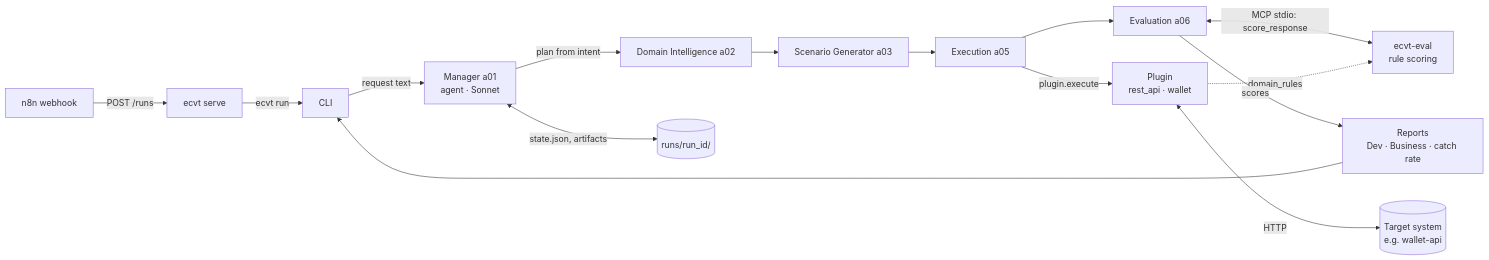
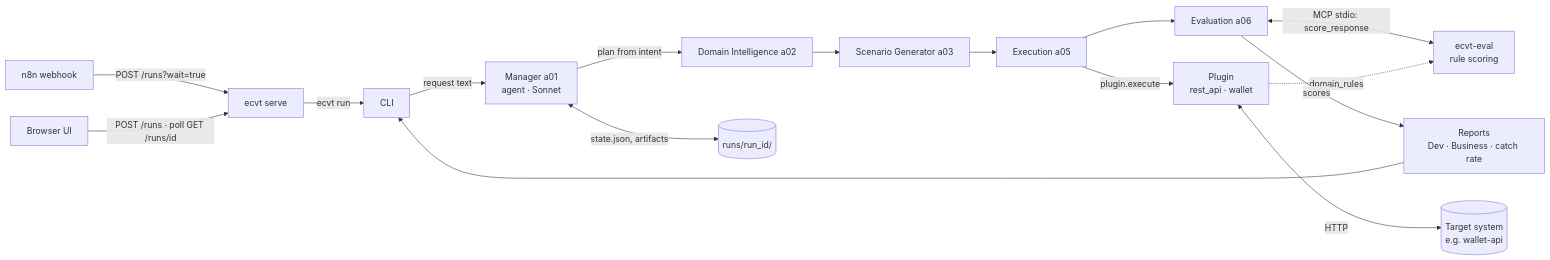
One commit to aozan88/ecvt changed the diagram in docs/02-architecture/architecture.md. Above: the diagram before and after it, drawn with Mermaid. The commit also changed other lines of this file and 5 other files, not shown here.

First line of the commit message:
docs(docs): UI + async runs — ADR 0016, architecture, pipeline, n8n

````diff
--- a/docs/02-architecture/architecture.md
+++ b/docs/02-architecture/architecture.md
@@ -11,17 +11,18 @@
 ```mermaid
 flowchart LR
-    N[n8n webhook] -->|POST /runs| TS[ecvt serve]
+    N[n8n webhook] -->|POST /runs?wait=true| TS[ecvt serve]
+    B[Browser UI] -->|POST /runs · poll GET /runs/id| TS
     TS -->|ecvt run| U
     U[CLI] -->|request text| M[Manager a01<br/>agent · Sonnet]
     M -->|plan from intent| DI[Domain Intelligence a02]
     DI --> SG[Scenario Generator a03]
     SG --> EX[Execution a05]
     EX --> EV[Evaluation a06]
     EV <-->|MCP stdio: score_response| ES[ecvt-eval<br/>rule scoring]
     EX -->|plugin.execute| P[Plugin<br/>rest_api · wallet]
     P <-->|HTTP| T[(Target system<br/>e.g. wallet-api)]
     P -.->|domain_rules| ES
     M <-->|state.json, artifacts| R[(runs/run_id/)]
     EV -->|scores| RP[Reports<br/>Dev · Business · catch rate]
     RP --> U
 ```
````
